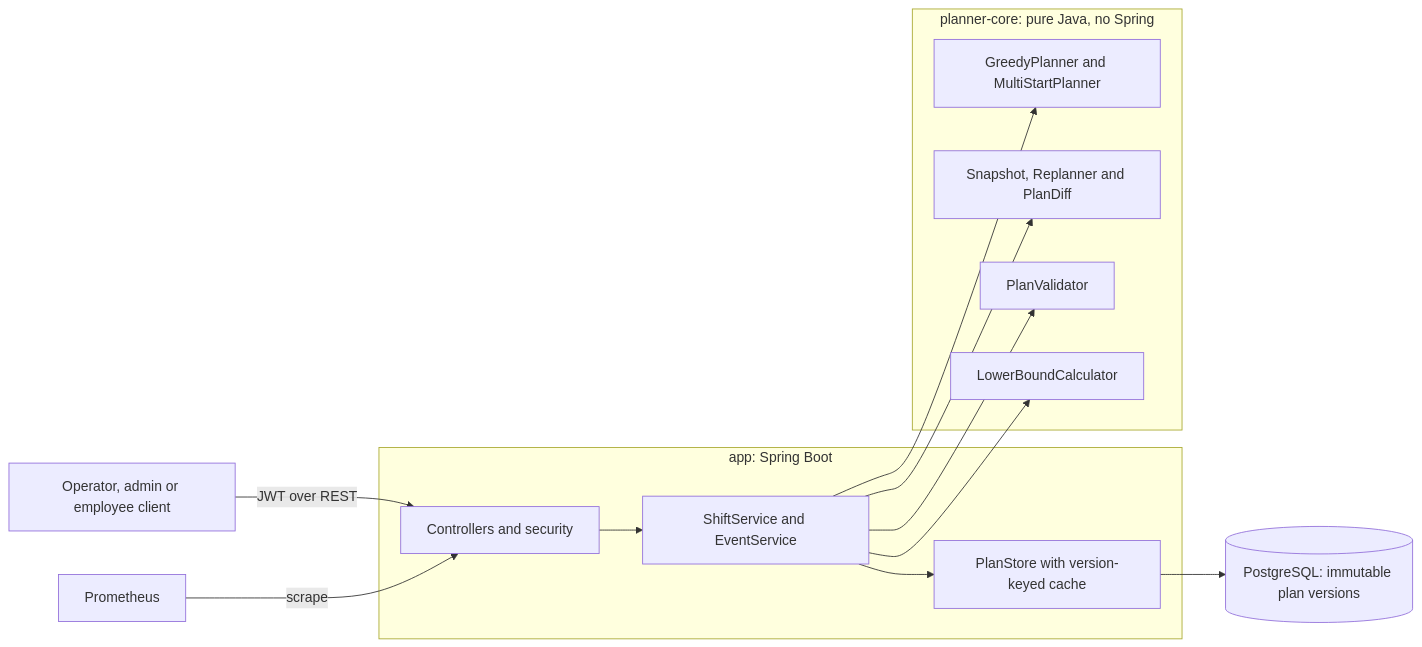
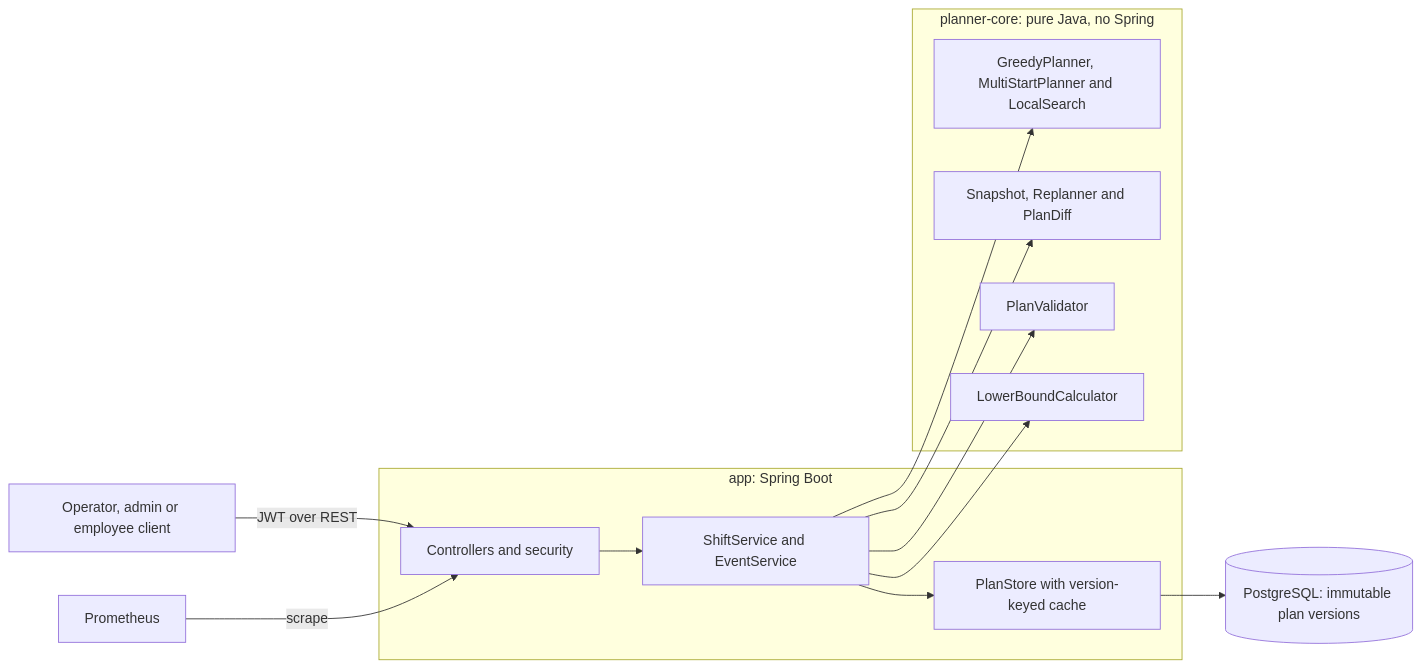
Before and after one commit to haryshwa-1/ev-fleet-planner: the first of 2 diagrams in DESIGN.md, drawn with Mermaid. The commit also changed other lines of this file and 2 other files, not shown here.

````diff
--- a/DESIGN.md
+++ b/DESIGN.md
@@ -5,20 +5,20 @@
 ```mermaid
 flowchart LR
     client[Operator, admin or employee client] -->|JWT over REST| api
     prom[Prometheus] -->|scrape| api
     subgraph app [app: Spring Boot]
         api[Controllers and security] --> svc[ShiftService and EventService]
         svc --> store[PlanStore with version-keyed cache]
     end
     subgraph core [planner-core: pure Java, no Spring]
-        planner[GreedyPlanner and MultiStartPlanner]
+        planner[GreedyPlanner, MultiStartPlanner and LocalSearch]
         replanner[Snapshot, Replanner and PlanDiff]
         validator[PlanValidator]
         bound[LowerBoundCalculator]
     end
     svc --> planner
     svc --> replanner
     svc --> validator
     svc --> bound
     store --> db[(PostgreSQL: immutable plan versions)]
 ```
````
